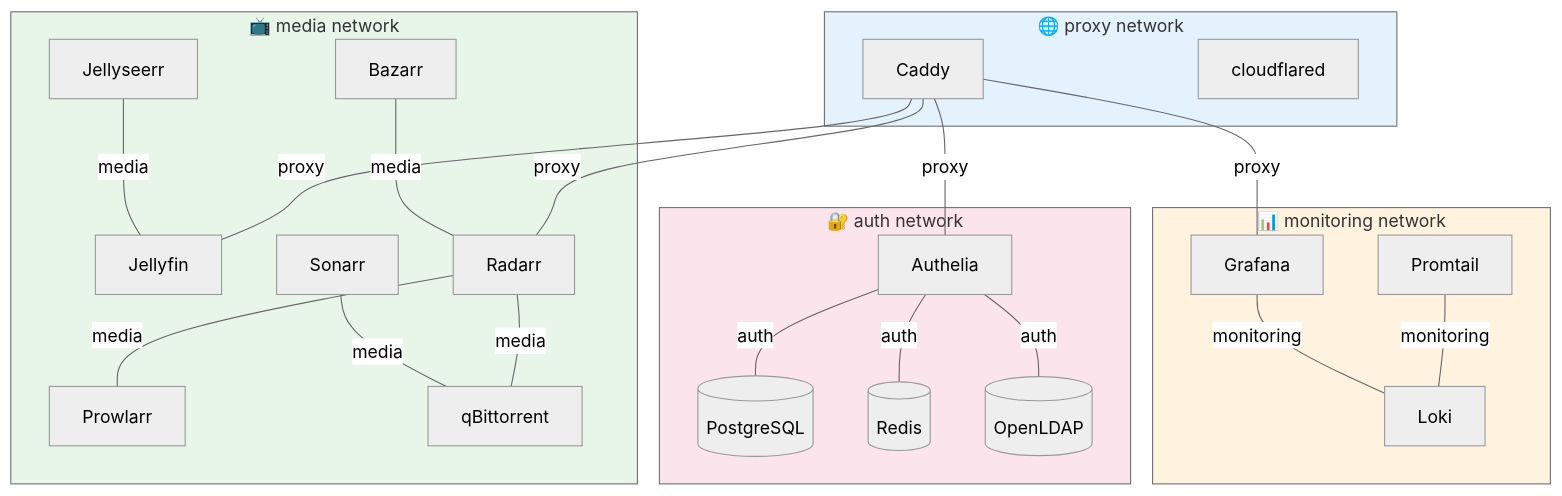
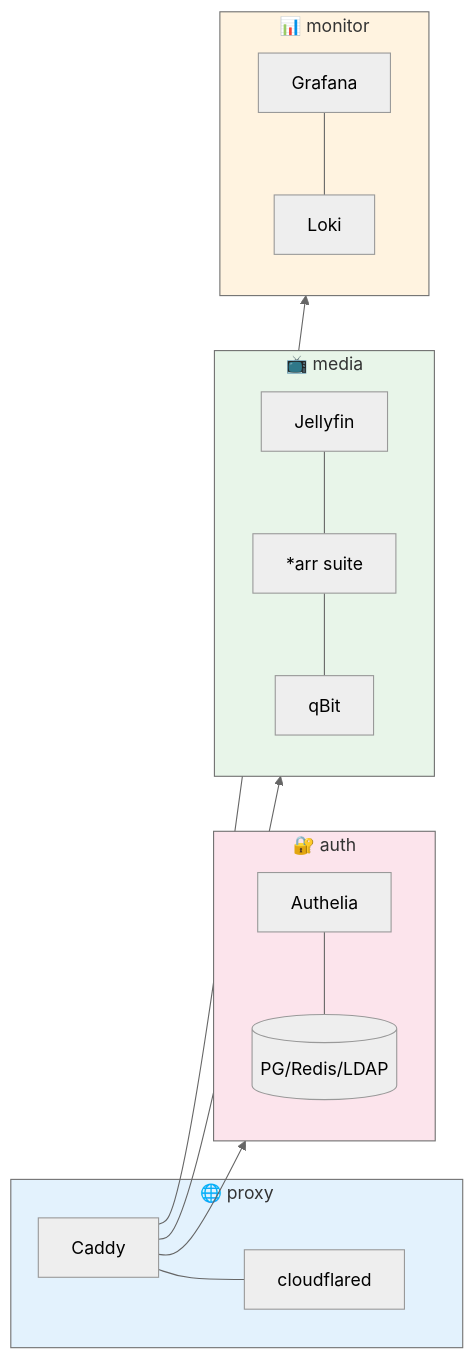
One commit to Mykyta-Home-Server/homeserver changed the fourth of 4 diagrams in docs-site/src/content/docs/guides/introduction.mdx. Above: the diagram before and after it, drawn with Mermaid (neutral theme). The commit also changed other lines of this file and 1 other file, not shown here.

First line of the commit message:
Redesign Mermaid diagrams for compact square layouts

````diff
--- a/docs-site/src/content/docs/guides/introduction.mdx
+++ b/docs-site/src/content/docs/guides/introduction.mdx
@@ -184,53 +131,25 @@
 ```mermaid
-flowchart TB
-    subgraph proxy["🌐 proxy network"]
-        Caddy[Caddy]
-        CFD[cloudflared]
+flowchart LR
+    subgraph proxy["🌐 proxy"]
+        Caddy[Caddy] --- CFD[cloudflared]
     end
 
-    subgraph auth["🔐 auth network"]
-        Authelia[Authelia]
-        PG[(PostgreSQL)]
-        Redis[(Redis)]
-        LDAP[(OpenLDAP)]
+    subgraph auth["🔐 auth"]
+        Auth[Authelia] --- DB[(PG/Redis/LDAP)]
     end
 
-    subgraph media["📺 media network"]
-        JF[Jellyfin]
-        Radarr[Radarr]
-        Sonarr[Sonarr]
-        Prowlarr[Prowlarr]
-        QB[qBittorrent]
-        JS[Jellyseerr]
-        Bazarr[Bazarr]
+    subgraph media["📺 media"]
+        JF[Jellyfin] --- Arr[*arr suite] --- QB[qBit]
     end
 
-    subgraph monitoring["📊 monitoring network"]
-        Grafana[Grafana]
-        Loki[Loki]
-        Promtail[Promtail]
+    subgraph mon["📊 monitor"]
+        Graf[Grafana] --- Loki[Loki]
     end
 
-    Caddy ---|proxy| Authelia
-    Caddy ---|proxy| JF
-    Caddy ---|proxy| Grafana
-    Caddy ---|proxy| Radarr
-
-    Authelia ---|auth| PG
-    Authelia ---|auth| Redis
-    Authelia ---|auth| LDAP
-
-    Radarr ---|media| QB
-    Sonarr ---|media| QB
-    Radarr ---|media| Prowlarr
-    JS ---|media| JF
-    Bazarr ---|media| Radarr
-
-    Promtail ---|monitoring| Loki
-    Grafana ---|monitoring| Loki
+    Caddy --> auth & media & mon
 
     style proxy fill:#e3f2fd
     style auth fill:#fce4ec
     style media fill:#e8f5e9
-    style monitoring fill:#fff3e0
+    style mon fill:#fff3e0
 ```
````
